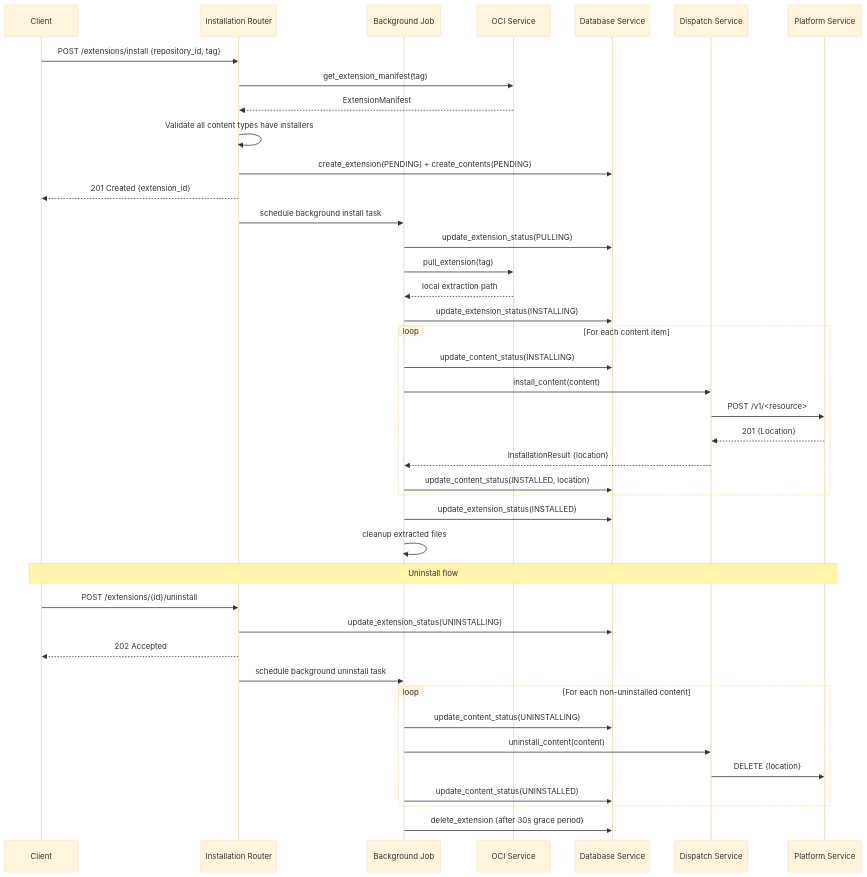
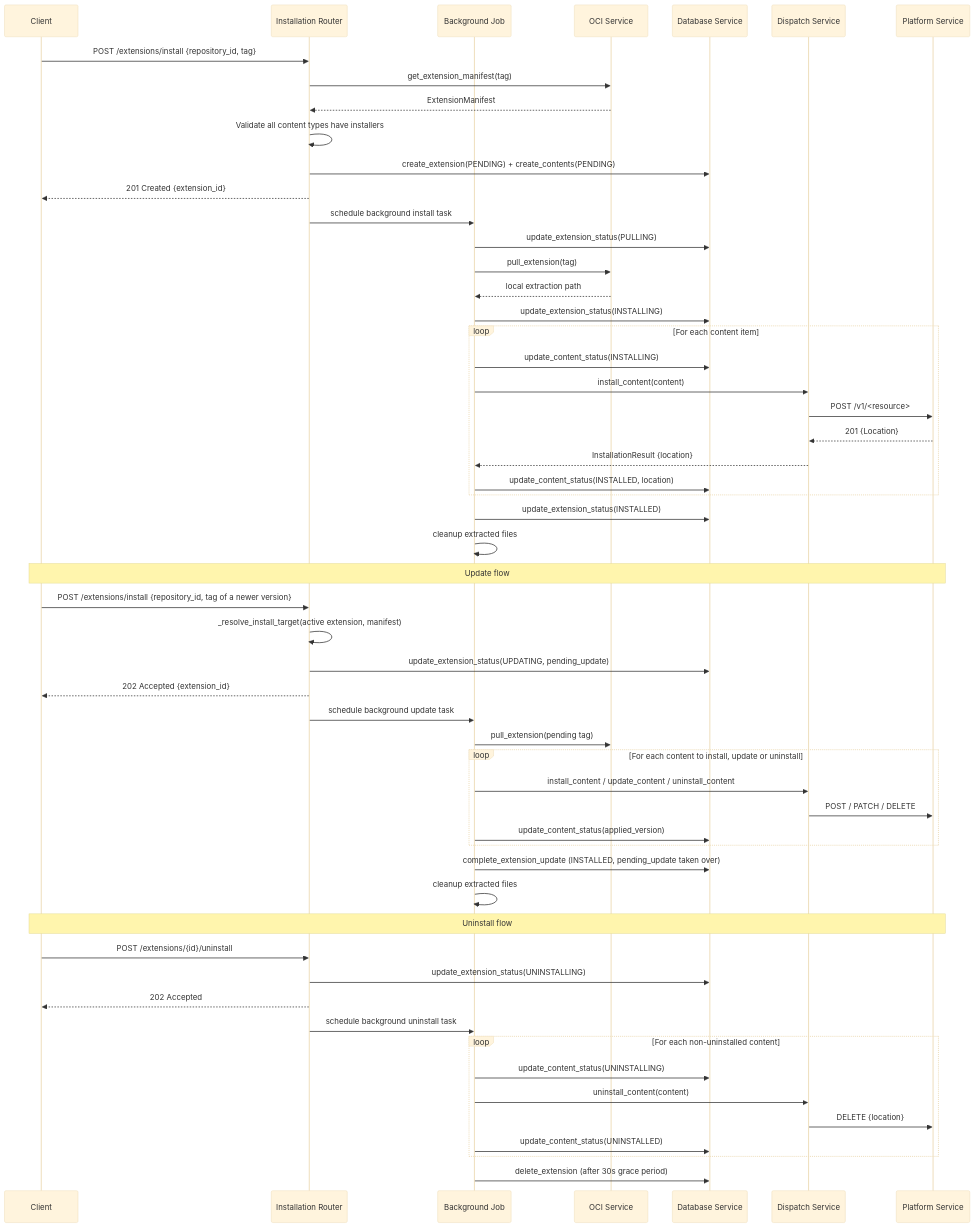
One commit to kaapana/kaapana changed the fourth of 4 diagrams in services/base/extension-manager-service/docker/files/app/README.md. Above: the diagram before and after it, drawn with Mermaid (base theme). The commit also changed other lines of this file and 40 other files, not shown here.

Commit message:
feat(extension-manager-service): update installed extensions to a newer version

````diff
--- a/services/base/extension-manager-service/docker/files/app/README.md
+++ b/services/base/extension-manager-service/docker/files/app/README.md
@@ -265,48 +284,63 @@
 ```mermaid
 sequenceDiagram
     participant C as Client
     participant IR as Installation Router
     participant BG as Background Job
     participant OCI as OCI Service
     participant DB as Database Service
     participant D as Dispatch Service
     participant P as Platform Service
 
     C->>IR: POST /extensions/install {repository_id, tag}
     IR->>OCI: get_extension_manifest(tag)
     OCI-->>IR: ExtensionManifest
     IR->>IR: Validate all content types have installers
     IR->>DB: create_extension(PENDING) + create_contents(PENDING)
     IR-->>C: 201 Created {extension_id}
 
     IR->>BG: schedule background install task
 
     BG->>DB: update_extension_status(PULLING)
     BG->>OCI: pull_extension(tag)
     OCI-->>BG: local extraction path
 
     BG->>DB: update_extension_status(INSTALLING)
     loop For each content item
         BG->>DB: update_content_status(INSTALLING)
         BG->>D: install_content(content)
         D->>P: POST /v1/<resource>
         P-->>D: 201 {Location}
         D-->>BG: InstallationResult {location}
         BG->>DB: update_content_status(INSTALLED, location)
     end
     BG->>DB: update_extension_status(INSTALLED)
     BG->>BG: cleanup extracted files
 
+    Note over C,P: Update flow
+    C->>IR: POST /extensions/install {repository_id, tag of a newer version}
+    IR->>IR: _resolve_install_target(active extension, manifest)
+    IR->>DB: update_extension_status(UPDATING, pending_update)
+    IR-->>C: 202 Accepted {extension_id}
+    IR->>BG: schedule background update task
+    BG->>OCI: pull_extension(pending tag)
+    loop For each content to install, update or uninstall
+        BG->>D: install_content / update_content / uninstall_content
+        D->>P: POST / PATCH / DELETE
+        BG->>DB: update_content_status(applied_version)
+    end
+    BG->>DB: complete_extension_update (INSTALLED, pending_update taken over)
+    BG->>BG: cleanup extracted files
+
     Note over C,P: Uninstall flow
     C->>IR: POST /extensions/{id}/uninstall
     IR->>DB: update_extension_status(UNINSTALLING)
     IR-->>C: 202 Accepted
     IR->>BG: schedule background uninstall task
     loop For each non-uninstalled content
         BG->>DB: update_content_status(UNINSTALLING)
         BG->>D: uninstall_content(content)
         D->>P: DELETE {location}
         BG->>DB: update_content_status(UNINSTALLED)
     end
     BG->>DB: delete_extension (after 30s grace period)
 ```
````
